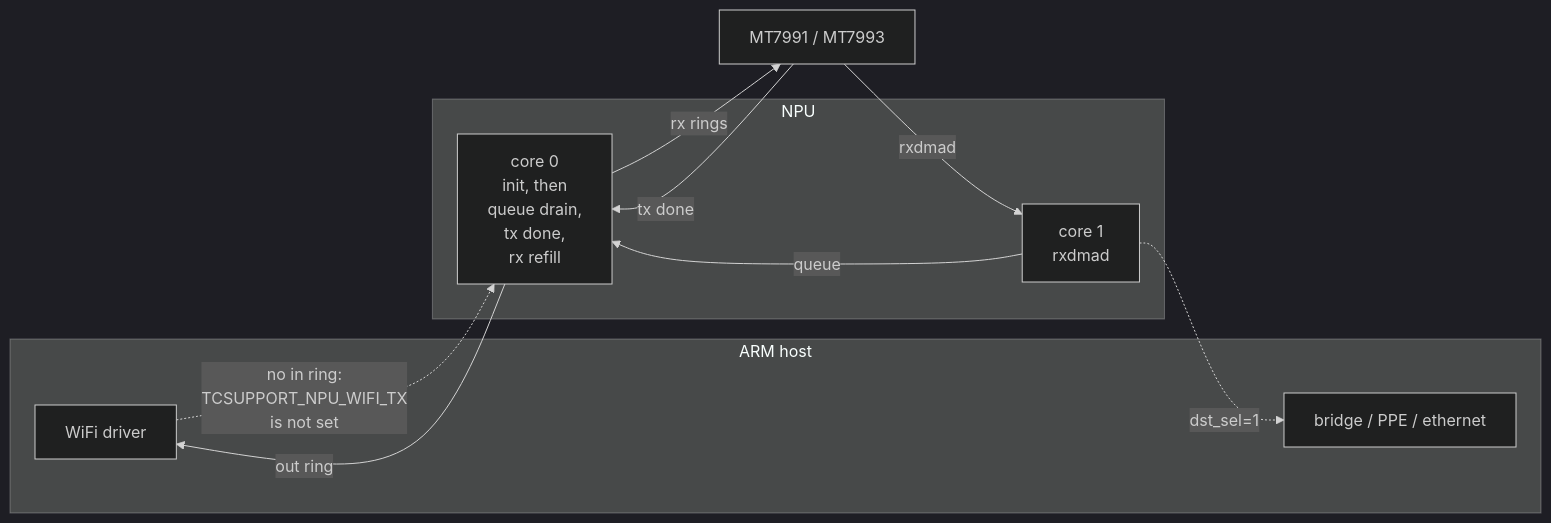
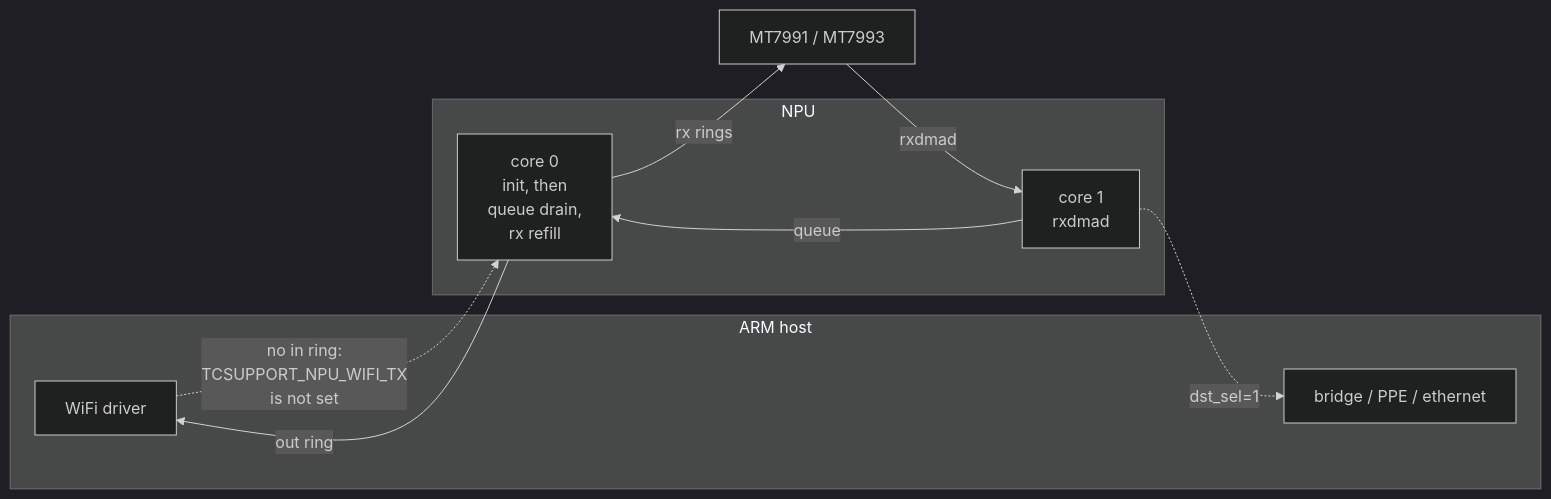
One commit to ClankerConstruction/ClankerNPU changed the third of 3 diagrams in README.md. Above: the diagram before and after it, drawn with Mermaid (dark theme). The commit also changed other lines of this file, not shown here.

First line of the commit message:
docs: readme: correct the AN7552 eagle core 0, window and SRAM notes

````diff
--- a/README.md
+++ b/README.md
@@ -515,20 +516,19 @@
 ```mermaid
 flowchart LR
   subgraph HOST["ARM host"]
     DRV["WiFi driver"]
     LAN["bridge / PPE / ethernet"]
   end
   subgraph NPU["NPU"]
-    C0["core 0<br/>init, then<br/>queue drain,<br/>tx done,<br/>rx refill"]
+    C0["core 0<br/>init, then<br/>queue drain,<br/>rx refill"]
     C1["core 1<br/>rxdmad"]
   end
   WIFI["MT7991 / MT7993"]
 
   WIFI -->|"rxdmad"| C1
   C1 -->|"queue"| C0
   C0 -->|"out ring"| DRV
   C1 -.->|"dst_sel=1"| LAN
-  WIFI -->|"tx done"| C0
   C0 -->|"rx rings"| WIFI
   DRV -.->|"no in ring:<br/>TCSUPPORT_NPU_WIFI_TX<br/>is not set"| C0
 ```
````
